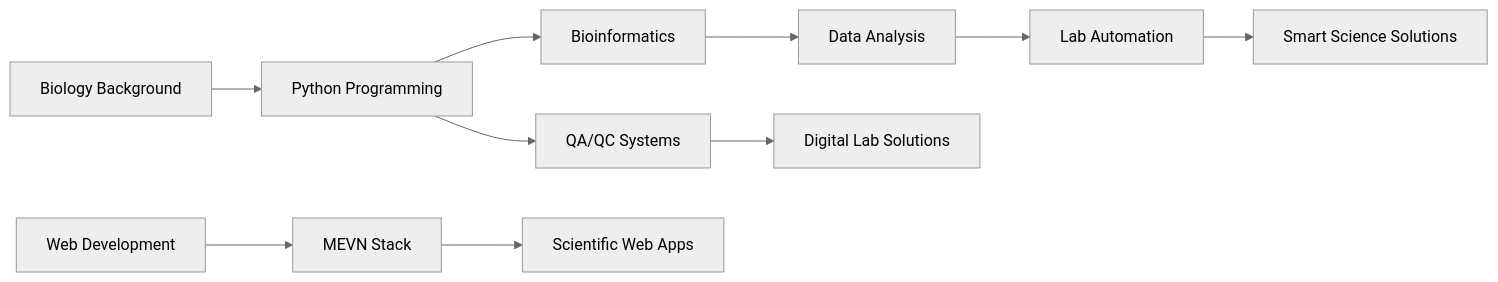
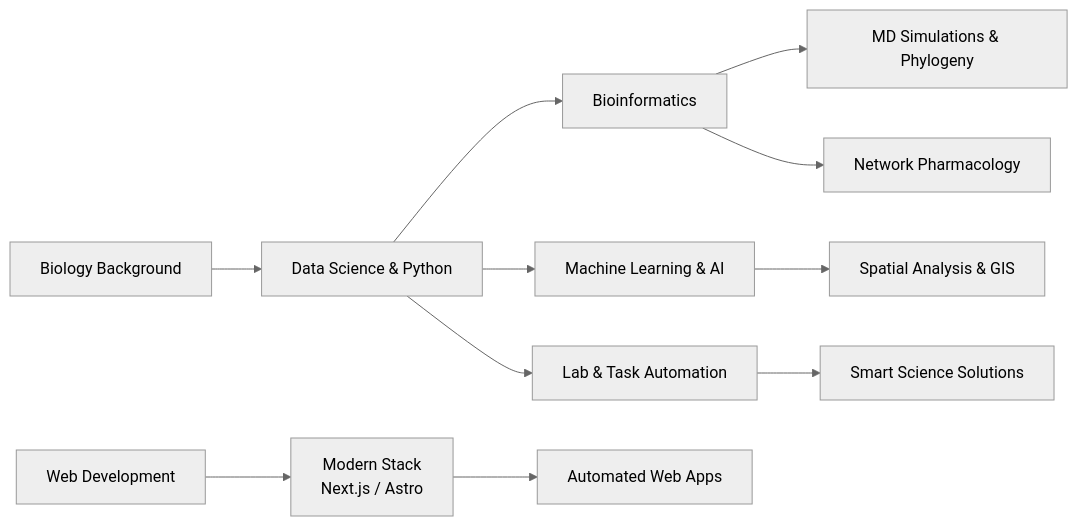
Before and after one commit to engkinandatama/engkinandatama: the diagram in README.md, drawn with Mermaid (neutral theme). The commit also changed other lines of this file, not shown here.

Commit message:
docs(profile): enhance tech stack, focus areas, and contact badges

````diff
--- a/README.md
+++ b/README.md
@@ -53,14 +68,20 @@
 ```mermaid
 graph LR
-    A[Biology Background] --> B[Python Programming]
+    A[Biology Background] --> B[Data Science & Python]
+    
+    %% Bioinformatics Path
     B --> C[Bioinformatics]
-    C --> D[Data Analysis]
-    D --> E[Lab Automation]
+    C --> D[MD Simulations & Phylogeny]
+    C --> N[Network Pharmacology]
+    
+    %% ML & GIS Path
+    B --> M[Machine Learning & AI]
+    M --> O[Spatial Analysis & GIS]
+    
+    %% Web Development Path
+    B --> E[Lab & Task Automation]
     E --> F[Smart Science Solutions]
     
-    G[Web Development] --> H[MEVN Stack]
-    H --> I[Scientific Web Apps]
-    
-    B --> J[QA/QC Systems]
-    J --> K[Digital Lab Solutions]
+    G[Web Development] --> H[Modern Stack <br/> Next.js / Astro]
+    H --> I[Automated Web Apps]
 ```
````
